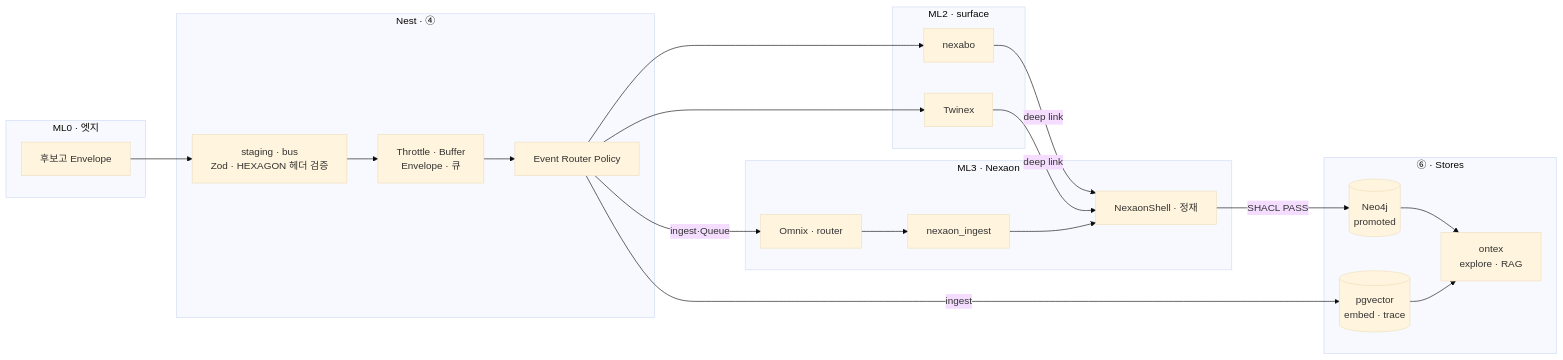
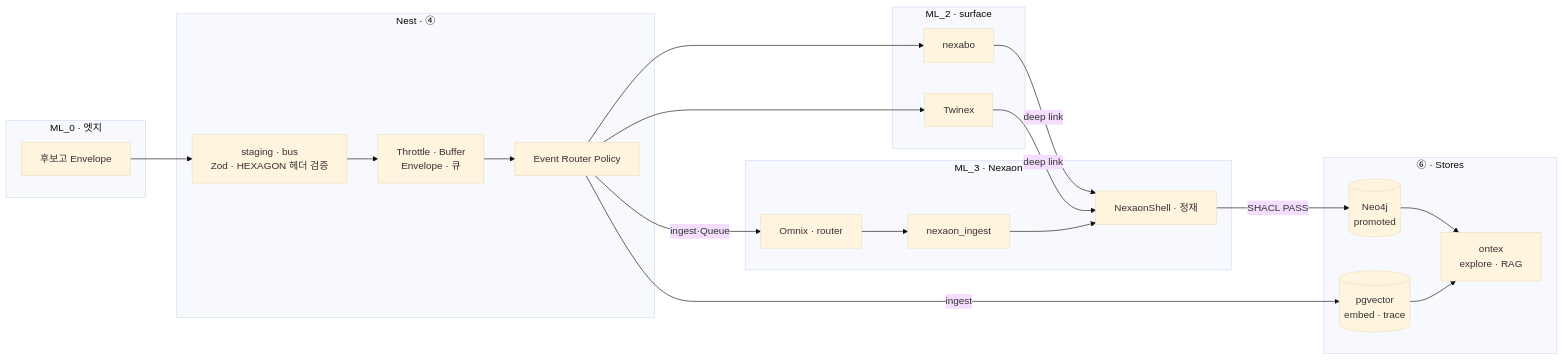
The fifth of 8 diagrams in NEXA V2.0/APP_V2.0/08_TDD/NEXIA/08_TDD_NEXIA_IoT엣지데이터파이프라인_HEXAGON_Nexaon연계_v1.0.md (U2SOUTION/NEXA), drawn with Mermaid (base theme) before and after one commit. The commit also changed other lines of this file and 37 other files, not shown here.

````diff
--- a/NEXA V2.0/APP_V2.0/08_TDD/NEXIA/08_TDD_NEXIA_IoT엣지데이터파이프라인_HEXAGON_Nexaon연계_v1.0.md
+++ b/NEXA V2.0/APP_V2.0/08_TDD/NEXIA/08_TDD_NEXIA_IoT엣지데이터파이프라인_HEXAGON_Nexaon연계_v1.0.md
@@ -446,36 +446,36 @@
 ```mermaid
 flowchart LR
-  subgraph edge [ML0 · 엣지]
+  subgraph edge [ML_0 · 엣지]
     CR[후보고 Envelope]
   end
   subgraph nest [Nest · ④]
     ST["staging · bus<br/>Zod · HEXAGON 헤더 검증"]
     TB["Throttle · Buffer<br/>Envelope · 큐"]
     ERP[Event Router Policy]
     CR --> ST --> TB --> ERP
   end
-  subgraph surfaces [ML2 · surface]
+  subgraph surfaces [ML_2 · surface]
     NB[nexabo]
     TW[Twinex]
     ERP --> NB
     ERP --> TW
   end
-  subgraph nexaon [ML3 · Nexaon]
+  subgraph nexaon [ML_3 · Nexaon]
     RR[Omnix · router]
     ING[nexaon_ingest]
     NX[NexaonShell · 정재]
     ERP -->|ingest·Queue| RR
     NB -->|deep link| NX
     TW -->|deep link| NX
     RR --> ING --> NX
   end
   subgraph out [⑥ · Stores]
     PG[(pgvector<br/>embed · trace)]
     N4[(Neo4j<br/>promoted)]
     OT["ontex<br/>explore · RAG"]
     NX -->|SHACL PASS| N4
     ERP -->|ingest| PG
     N4 --> OT
     PG --> OT
   end
 ```
````
